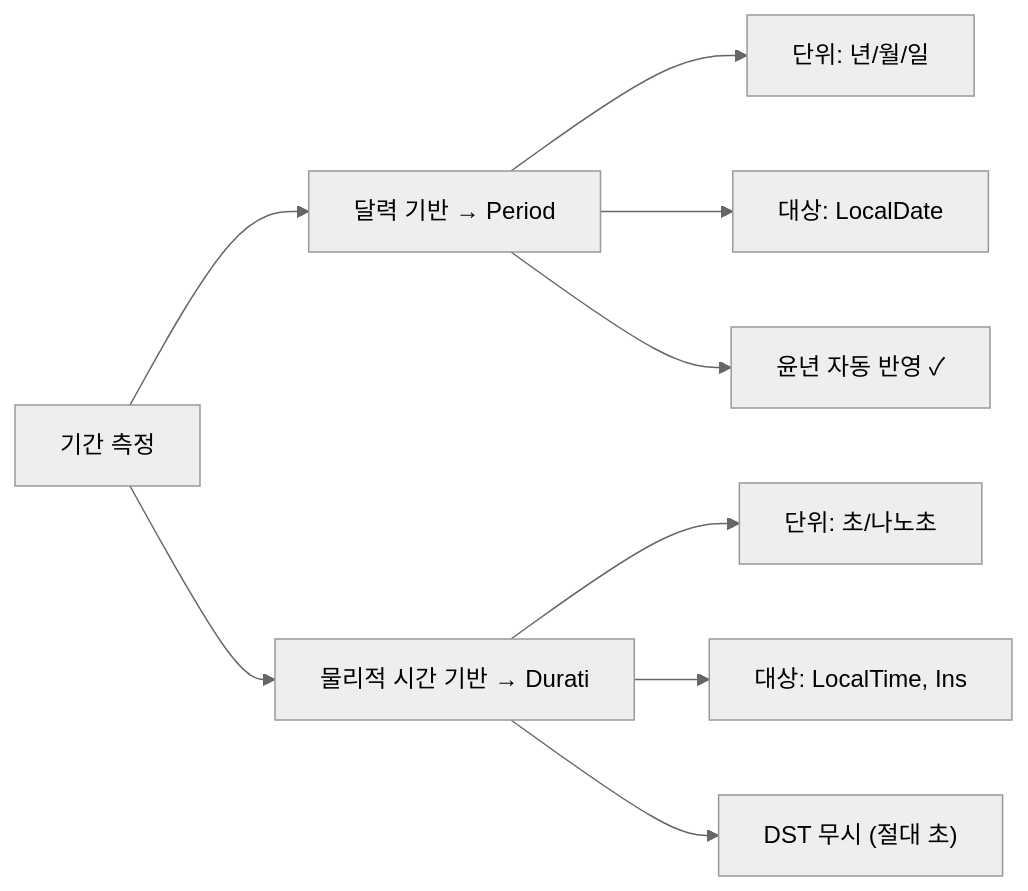
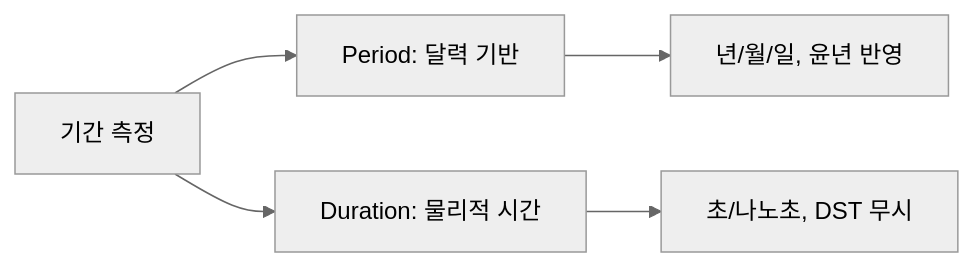
The fourth of 5 diagrams in _posts/java/2026-05-01-java-datetime.md (yjkim2015/yjkim2015.github.io), drawn with Mermaid (neutral theme) before and after one commit. The commit also changed other lines of this file and 163 other files, not shown here.

First line of the commit message:
Mermaid 300개 블록 내용 축소: 5노드 5엣지 이하, 의미 있는 약어

````diff
--- a/_posts/java/2026-05-01-java-datetime.md
+++ b/_posts/java/2026-05-01-java-datetime.md
@@ -348,11 +346,7 @@
 ```mermaid
 graph LR
-    A["기간 측정"] --> B["달력 기반 → Period"]
-    A --> C["물리적 시간 기반 → Durati"]
-    B --> D["단위: 년/월/일"]
-    B --> E["대상: LocalDate"]
-    B --> F["윤년 자동 반영 ✓"]
-    C --> G["단위: 초/나노초"]
-    C --> H["대상: LocalTime, Ins"]
-    C --> I["DST 무시 (절대 초)"]
+    A["기간 측정"] --> B["Period: 달력 기반"]
+    A --> C["Duration: 물리적 시간"]
+    B --> D["년/월/일, 윤년 반영"]
+    C --> E["초/나노초, DST 무시"]
 ```
````
